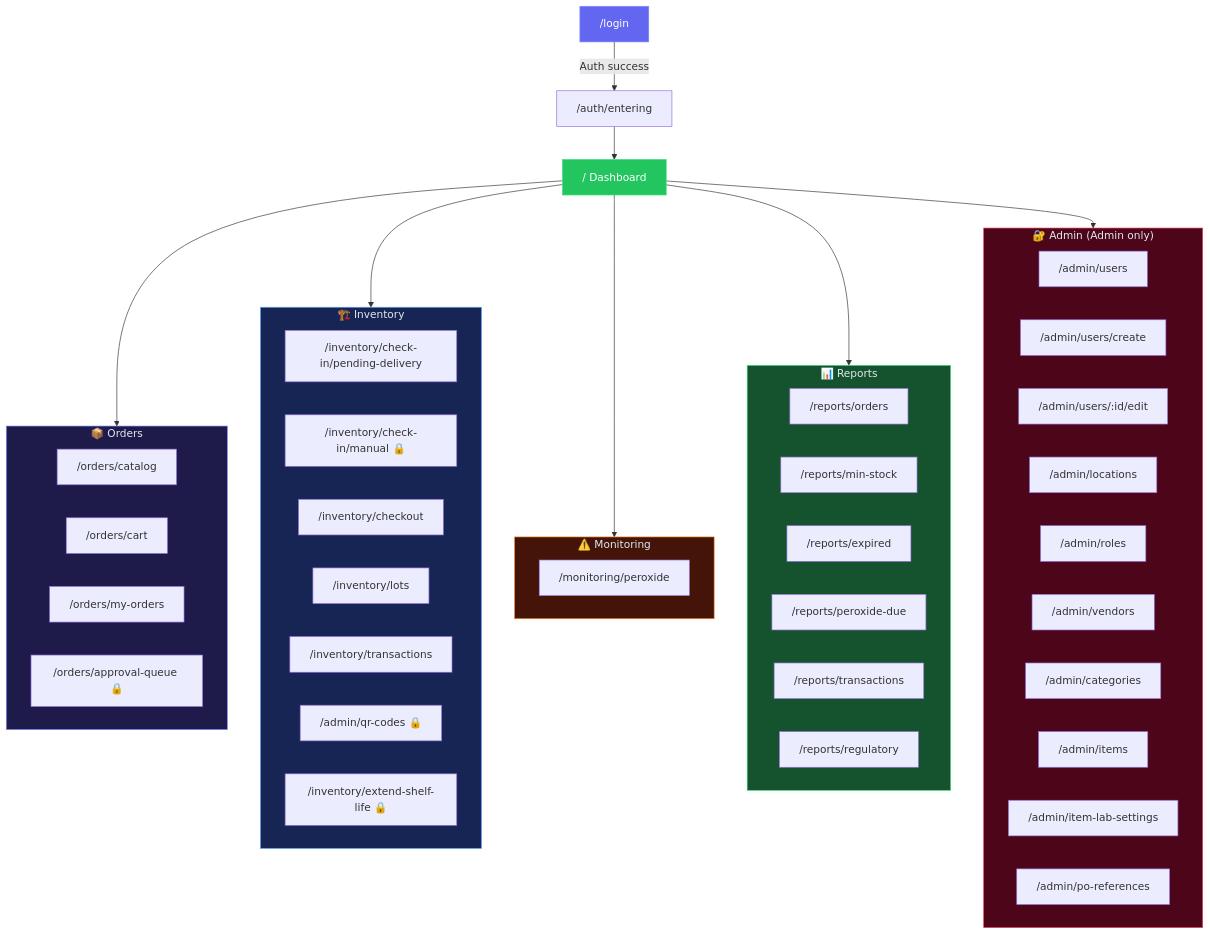
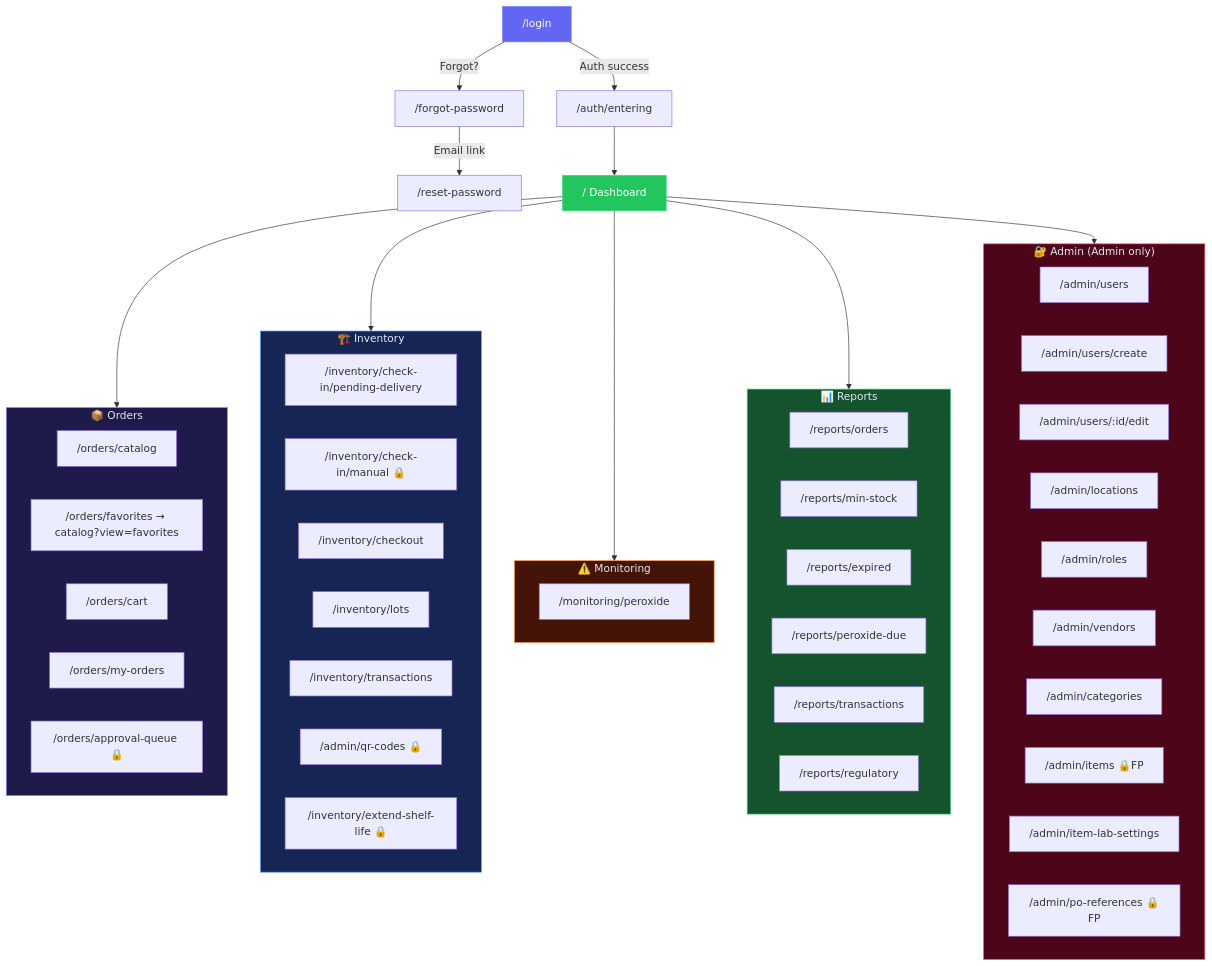
Before and after one commit to SalmonSama/chemical_ordering_monitoring_system_document: the eighth of 10 diagrams in flowchart.md, drawn with Mermaid. The commit also changed other lines of this file and 1 other file, not shown here.

First line of the commit message:
Remove peroxide FK, add favorites, move to Azure

````diff
--- a/flowchart.md
+++ b/flowchart.md
@@ -315,62 +318,65 @@
 ```mermaid
 flowchart TD
     Login["/login"] -->|"Auth success"| Loading["/auth/entering"]
+    Login -->|"Forgot?"| ForgotPW["/forgot-password"]
+    ForgotPW -->|"Email link"| ResetPW["/reset-password"]
     Loading --> Dashboard["/  Dashboard"]
 
     Dashboard --> Orders
     Dashboard --> Inventory
     Dashboard --> Monitoring
     Dashboard --> Reports
     Dashboard --> Admin
 
     subgraph Orders["📦 Orders"]
         Catalog["/orders/catalog"]
+        Favorites["/orders/favorites → catalog?view=favorites"]
         Cart["/orders/cart"]
         MyOrders["/orders/my-orders"]
         Approval["/orders/approval-queue 🔒"]
     end
 
     subgraph Inventory["🏗️ Inventory"]
         PendingDel["/inventory/check-in/pending-delivery"]
         ManualCI["/inventory/check-in/manual 🔒"]
         Checkout["/inventory/checkout"]
         Lots["/inventory/lots"]
         Transactions["/inventory/transactions"]
         QRCodes["/admin/qr-codes 🔒"]
         ExtendSL["/inventory/extend-shelf-life 🔒"]
     end
 
     subgraph Monitoring["⚠️ Monitoring"]
         Peroxide["/monitoring/peroxide"]
     end
 
     subgraph Reports["📊 Reports"]
         OrderStatus["/reports/orders"]
         MinStock["/reports/min-stock"]
         Expired["/reports/expired"]
         PeroxideDue["/reports/peroxide-due"]
         AuditLog["/reports/transactions"]
         Regulatory["/reports/regulatory"]
     end
 
     subgraph Admin["🔐 Admin (Admin only)"]
         Users["/admin/users"]
         CreateUser["/admin/users/create"]
         EditUser["/admin/users/:id/edit"]
         Locations["/admin/locations"]
         Roles["/admin/roles"]
         Vendors["/admin/vendors"]
         Categories["/admin/categories"]
-        Items["/admin/items"]
+        Items["/admin/items 🔒FP"]
         LabSettings["/admin/item-lab-settings"]
-        PO["/admin/po-references"]
+        PO["/admin/po-references 🔒FP"]
     end
 
     style Login fill:#6366f1,stroke:#818cf8,color:#fff
     style Dashboard fill:#22c55e,stroke:#4ade80,color:#fff
     style Orders fill:#1e1b4b,stroke:#818cf8,color:#e2e8f0
     style Inventory fill:#172554,stroke:#60a5fa,color:#e2e8f0
     style Monitoring fill:#431407,stroke:#fb923c,color:#e2e8f0
     style Reports fill:#14532d,stroke:#4ade80,color:#e2e8f0
     style Admin fill:#4c0519,stroke:#f43f5e,color:#e2e8f0
 ```
````
